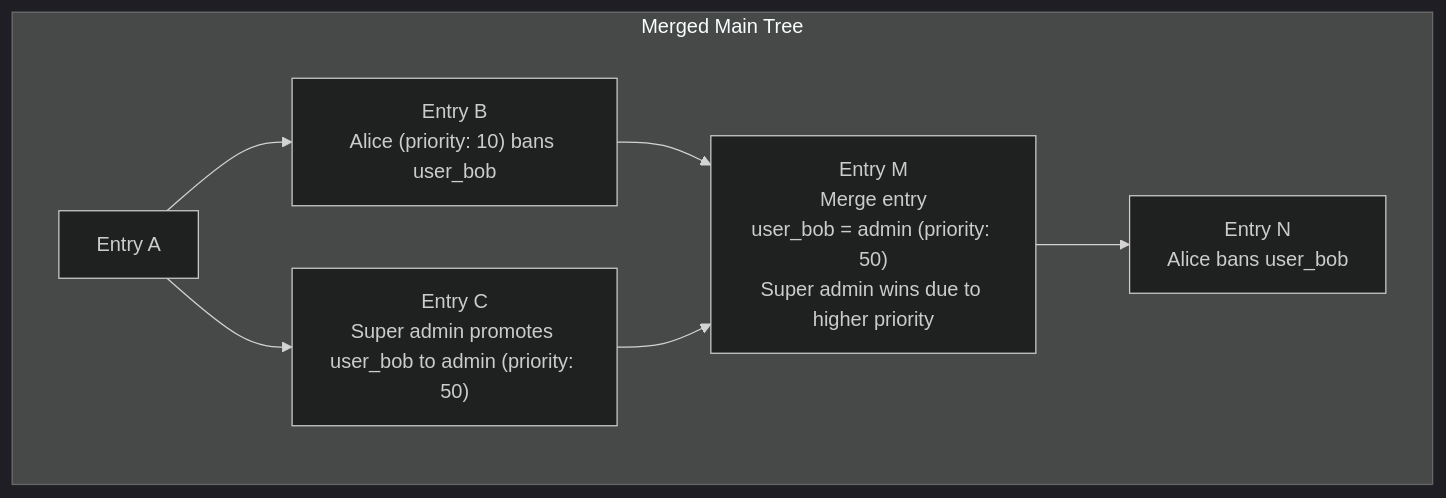
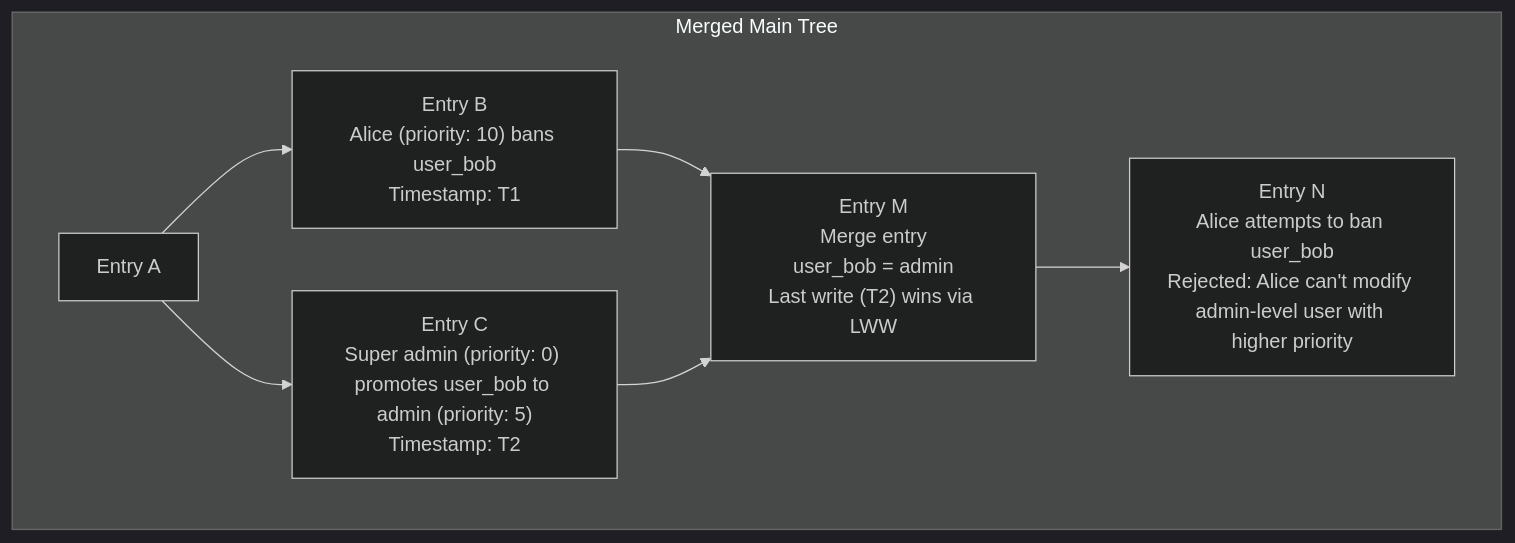
The seventh of 8 diagrams in docs/src/design/authentication.md (arcuru/eidetica), drawn with Mermaid (dark theme) before and after one commit. The commit also changed other lines of this file, not shown here.

````diff
--- a/docs/src/design/authentication.md
+++ b/docs/src/design/authentication.md
@@ -521,16 +535,16 @@
 ```mermaid
 graph TD
     subgraph "Merged Main Tree"
         A["Entry A"]
-        B["Entry B<br/>Alice (priority: 10) bans user_bob"]
-        C["Entry C<br/>Super admin promotes user_bob to admin (priority: 50)"]
-        M["Entry M<br/>Merge entry<br/>user_bob = admin (priority: 50)<br/>Super admin wins due to higher priority"]
-        N["Entry N<br/>Alice bans user_bob"]
+        B["Entry B<br/>Alice (priority: 10) bans user_bob<br/>Timestamp: T1"]
+        C["Entry C<br/>Super admin (priority: 0) promotes user_bob to admin (priority: 5)<br/>Timestamp: T2"]
+        M["Entry M<br/>Merge entry<br/>user_bob = admin<br/>Last write (T2) wins via LWW"]
+        N["Entry N<br/>Alice attempts to ban user_bob<br/>Rejected: Alice can't modify admin-level user with higher priority"]
     end
 
     A --> B
     A --> C
     B --> M
     C --> M
     M --> N
 ```
````
